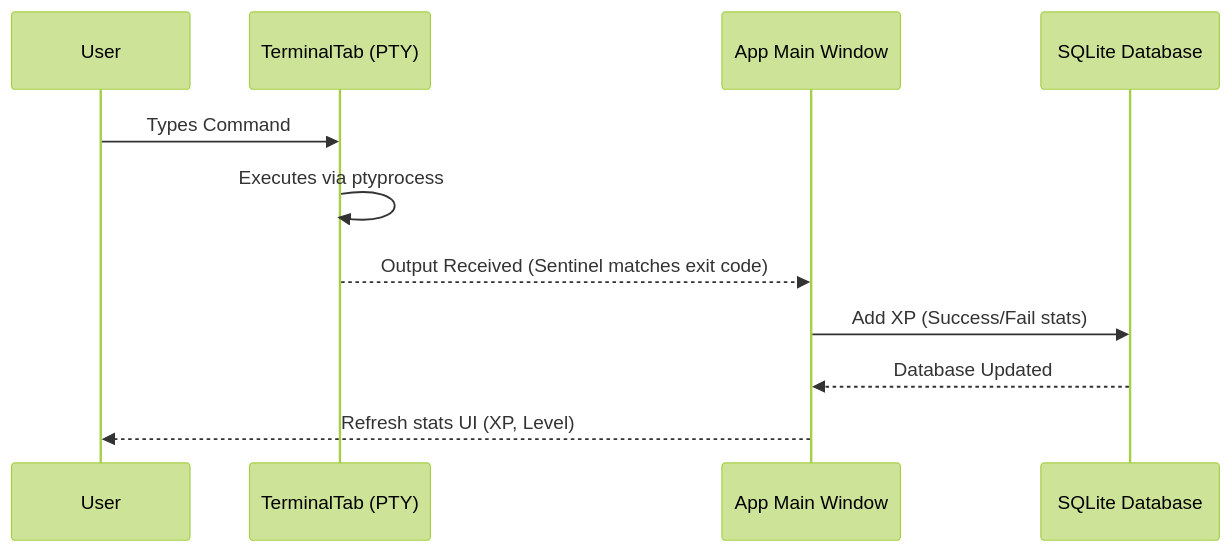
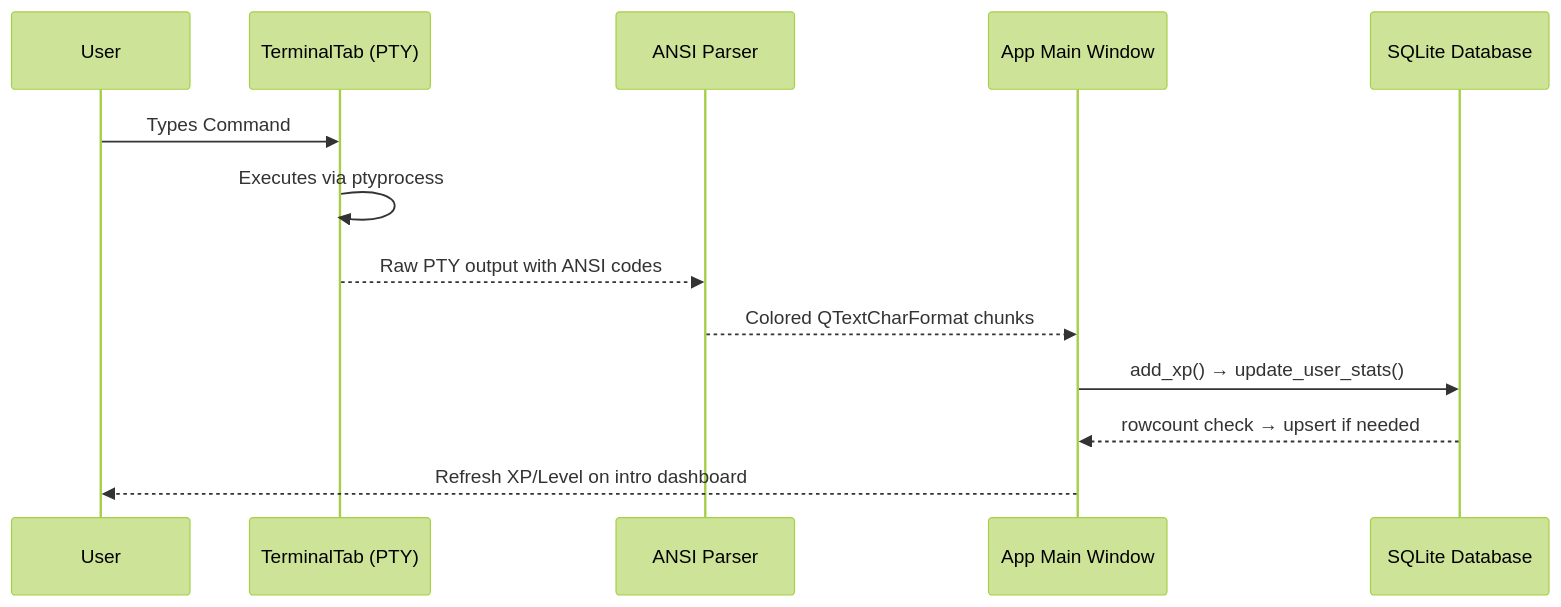
One commit to Aaryanbanskota/Bloom-terminal changed the third of 3 diagrams in README.md. Above: the diagram before and after it, drawn with Mermaid (forest theme). The commit also changed other lines of this file and 4 other files, not shown here.

````diff
--- a/README.md
+++ b/README.md
@@ -91,14 +225,16 @@
 ```mermaid
 sequenceDiagram
     participant User
     participant Shell as TerminalTab (PTY)
+    participant ANSI as ANSI Parser
     participant UI as App Main Window
     participant DB as SQLite Database
 
     User->>Shell: Types Command
     Shell->>Shell: Executes via ptyprocess
-    Shell-->>UI: Output Received (Sentinel matches exit code)
-    UI->>DB: Add XP (Success/Fail stats)
-    DB-->>UI: Database Updated
-    UI-->>User: Refresh stats UI (XP, Level)
+    Shell-->>ANSI: Raw PTY output with ANSI codes
+    ANSI-->>UI: Colored QTextCharFormat chunks
+    UI->>DB: add_xp() → update_user_stats()
+    DB-->>UI: rowcount check → upsert if needed
+    UI-->>User: Refresh XP/Level on intro dashboard
 ```
````
